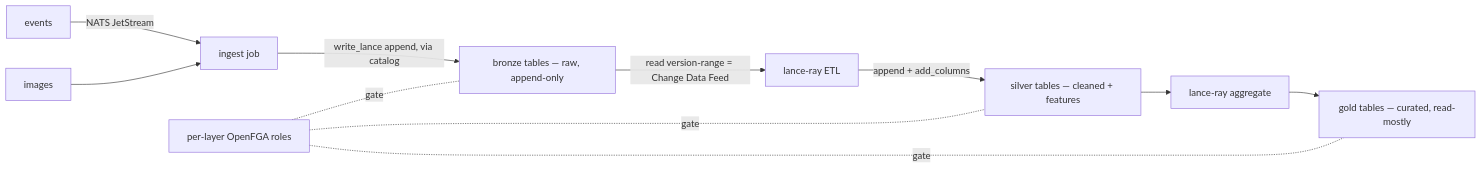
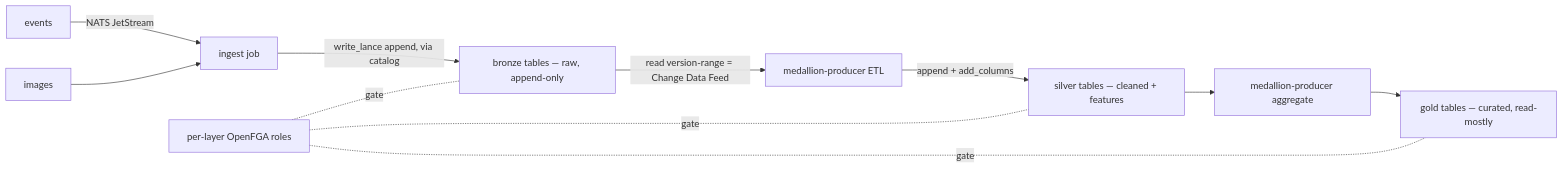
One commit to AI-Riksarkivet/rask changed the second of 2 diagrams in docs/ARCHITECTURE.md. Above: the diagram before and after it, drawn with Mermaid. The commit also changed other lines of this file and 77 other files, not shown here.

First line of the commit message:
refactor(dapr): §6.6 — rename app-id lance-ray -> medallion-producer

````diff
--- a/docs/ARCHITECTURE.md
+++ b/docs/ARCHITECTURE.md
@@ -228,10 +228,10 @@
 ```mermaid
 flowchart LR
   EVT[events] -->|NATS JetStream| ING[ingest job]
   IMG[images] --> ING
   ING -->|write_lance append, via catalog| B[bronze tables — raw, append-only]
-  B -->|read version-range = Change Data Feed| ETL1[lance-ray ETL]
+  B -->|read version-range = Change Data Feed| ETL1[medallion-producer ETL]
   ETL1 -->|append + add_columns| S[silver tables — cleaned + features]
-  S --> ETL2[lance-ray aggregate] --> G[gold tables — curated, read-mostly]
+  S --> ETL2[medallion-producer aggregate] --> G[gold tables — curated, read-mostly]
   ROLES[per-layer OpenFGA roles] -. gate .- B & S & G
 ```
````
